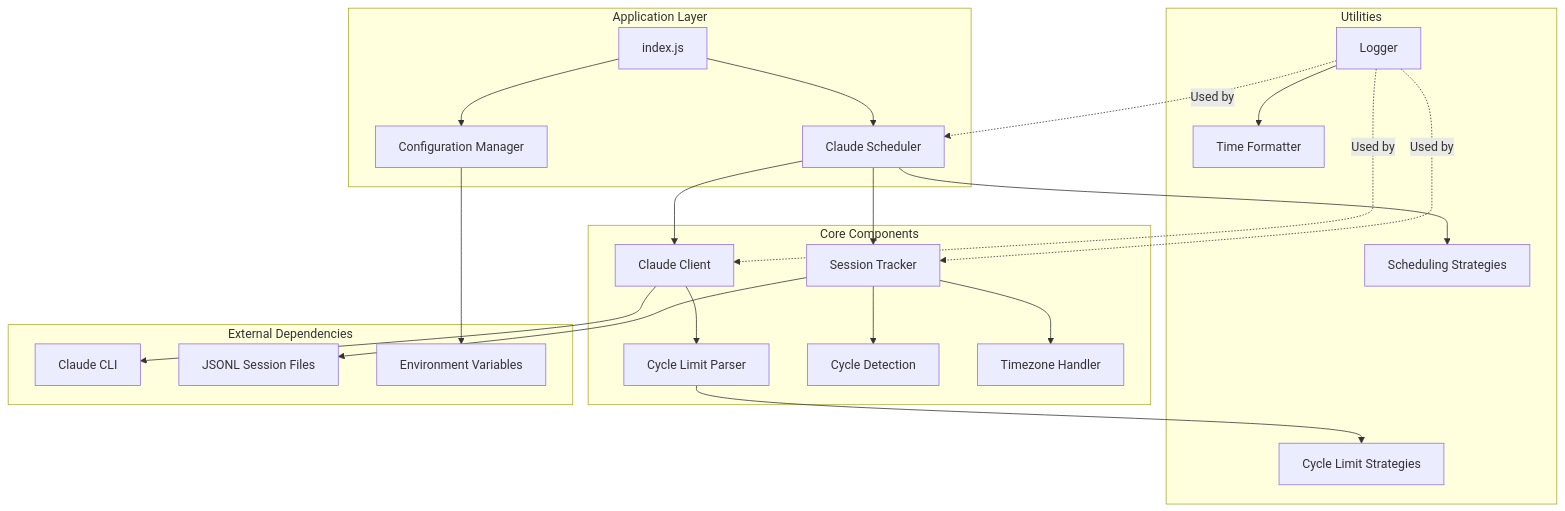
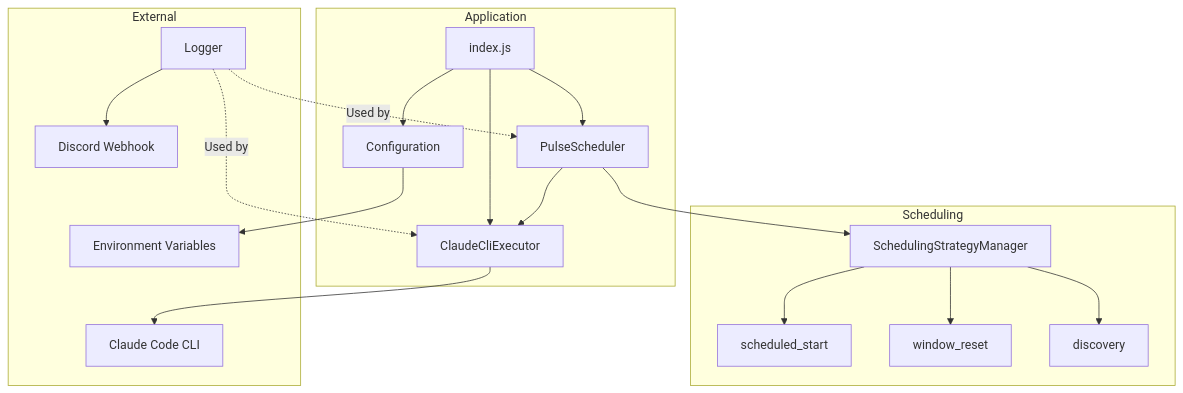
The eighth of 8 diagrams in docs/workflow-diagrams.md (substance0/claudepulse), drawn with Mermaid before and after one commit. The commit also changed other lines of this file and 5 other files, not shown here.

First line of the commit message:
docs: document window-driven scheduling and drop the data volume

````diff
--- a/docs/workflow-diagrams.md
+++ b/docs/workflow-diagrams.md
@@ -661,31 +229,25 @@
 ```mermaid
 graph TB
-    subgraph "Application Layer"
-        A[index.js] --> B[Configuration Manager]
-        A --> C[Claude Scheduler]
+    subgraph "Application"
+        A[index.js] --> B[Configuration]
+        A --> C[PulseScheduler]
+        A --> D[ClaudeCliExecutor]
     end
 
-    subgraph "Core Components"
-        C --> D[Claude Client]
-        C --> E[Session Tracker]
-        D --> F[Cycle Limit Parser]
-        E --> G[Cycle Detection]
-        E --> H[Timezone Handler]
+    subgraph "Scheduling"
+        C --> E[SchedulingStrategyManager]
+        E --> F[scheduled_start]
+        E --> G[window_reset]
+        E --> H[discovery]
     end
 
-    subgraph "Utilities"
-        I[Logger] --> J[Time Formatter]
-        F --> K[Cycle Limit Strategies]
-        C --> L[Scheduling Strategies]
+    subgraph "External"
+        D --> I[Claude Code CLI]
+        B --> J[Environment Variables]
+        K[Logger] --> L[Discord Webhook]
     end
 
-    subgraph "External Dependencies"
-        D --> M[Claude CLI]
-        E --> N[JSONL Session Files]
-        B --> O[Environment Variables]
-    end
-
-    I -.->|Used by| C
-    I -.->|Used by| D
-    I -.->|Used by| E
+    C --> D
+    K -.->|Used by| C
+    K -.->|Used by| D
 ```
````
